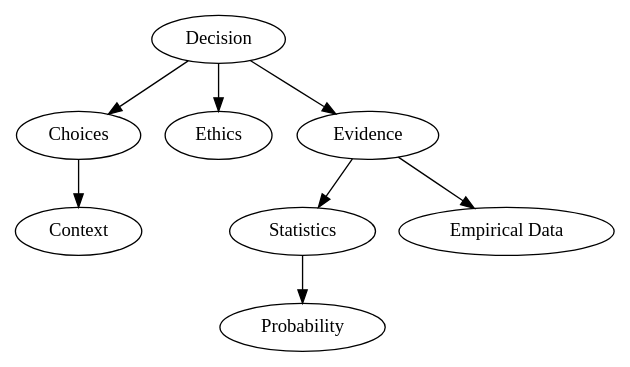
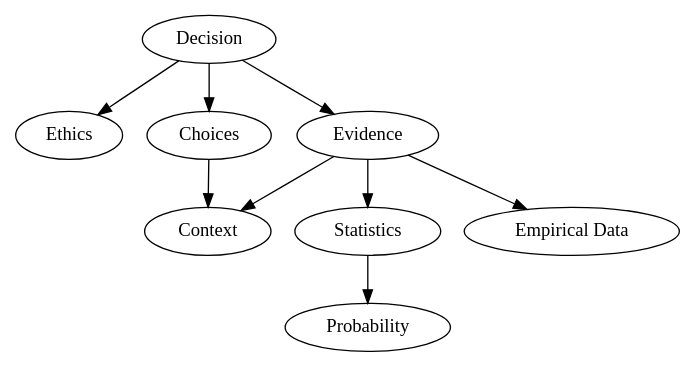
One commit to freeman42x/formalize-all-the-things changed the diagram in Concepts/Abstract.dot. Above: the diagram before and after it, drawn with Graphviz.

```diff
--- a/Concepts/Abstract.dot
+++ b/Concepts/Abstract.dot
@@ -1,55 +1,59 @@
 digraph G {
 
   /*
-  TODO
-  A weird concept related to freedom
-  that humans think they can do
+    TODO
+    A weird concept related to freedom
+    that humans think they can do
 
-  Any agent that can
-    make optimal decisions in relation to its goals
-  is undistinguishable from a maximally intelligent agent
+    Any agent that can
+      make optimal decisions in relation to its goals
+    is undistinguishable from a maximally intelligent agent
 
-  Decision ties into Systems Theory concepts
-  could use to more easily explain it
+    Decision ties into Systems Theory concepts
+    could use to more easily explain it
   */
   "Decision";
 
+  /*
+    Decision making constraint
+    that optimizes for good (<- TODO) of systems of agents
+  */
+  "Ethics" [weight=1];
+
   // All possible decisions you could make in current context
-  "Choices"
-
-  // Evolutionarily evolved decision constraint
-  // that optimizes for good (<- TODO) of systems of agents
-  "Ethics";
+  "Choices" [weight=1];
 
   // information that comes from context
-  "Evidence"
+  "Evidence" [weight=1];
 
   /*
     TODO context needs to be abstracted away from the Laws of Physics
     -- the semantics need to function in any type of reality irregardless of physics
     -- senses - inputs (consciousness O.O)
     -- example contexts:
         - being somewhere in physical reality
         - virtual context - being an agent inside of a virtual world like a game
         - simulation context - we ourselves could be in a simulation
                             - mostly irrelevant for daily lives but fu -}
   {-  spacetime coordinate
       - 3D location
       - time             -}
   */
   "Context";
 
   "Decision" -> "Choices";
 
   "Decision" -> "Ethics";
 
   "Decision" -> "Evidence";
 
+  "Evidence" -> "Context";
+
   "Choices" -> "Context";
 
   "Evidence" -> "Statistics";
 
   "Evidence" -> "Empirical Data";
 
   "Statistics" -> "Probability";
 }
```
